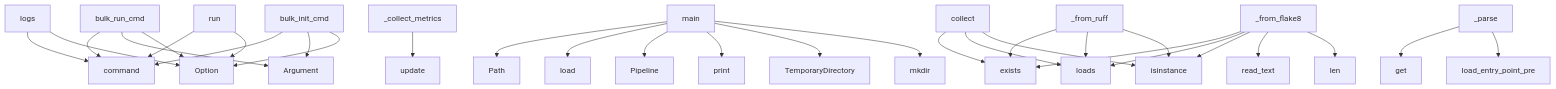
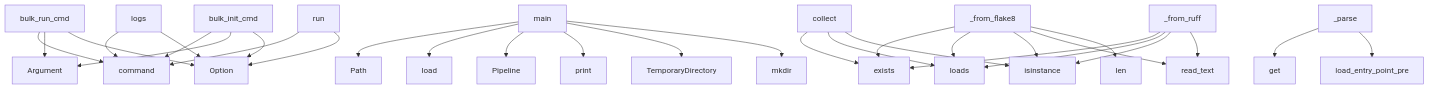
The diagram in project/context.md (semcod/pyqual), drawn with Mermaid before and after one commit. The commit also changed other lines of this file and 28 other files, not shown here.

````diff
--- a/project/context.md
+++ b/project/context.md
@@ -478,33 +482,33 @@
 ```mermaid
 graph TD
-    logs --> command
-    logs --> Option
     bulk_run_cmd --> command
     bulk_run_cmd --> Argument
     bulk_run_cmd --> Option
-    _collect_metrics --> update
+    logs --> command
+    logs --> Option
     bulk_init_cmd --> command
     bulk_init_cmd --> Argument
     bulk_init_cmd --> Option
     main --> Path
     main --> load
     main --> Pipeline
     main --> print
     main --> TemporaryDirectory
     main --> mkdir
     _from_flake8 --> exists
     _from_flake8 --> loads
     _from_flake8 --> isinstance
     _from_flake8 --> read_text
     _from_flake8 --> len
     _parse --> get
     _parse --> load_entry_point_pre
     run --> command
     run --> Option
     collect --> exists
     collect --> loads
     collect --> isinstance
     _from_ruff --> exists
     _from_ruff --> loads
     _from_ruff --> isinstance
+    _from_ruff --> read_text
 ```
````
